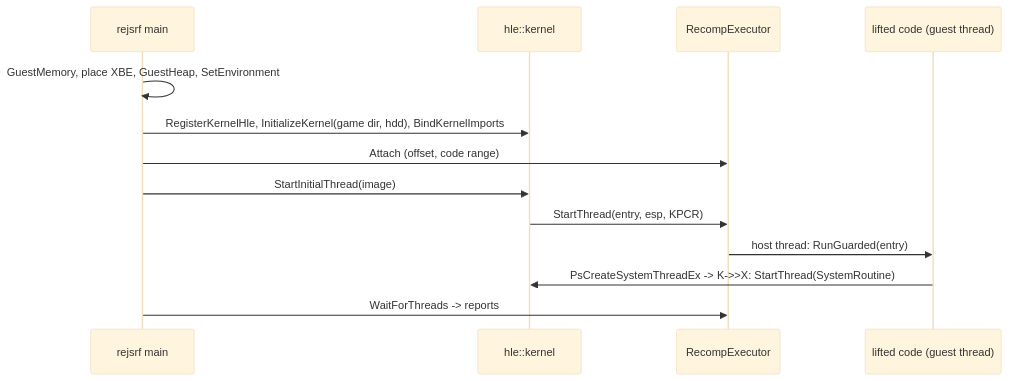
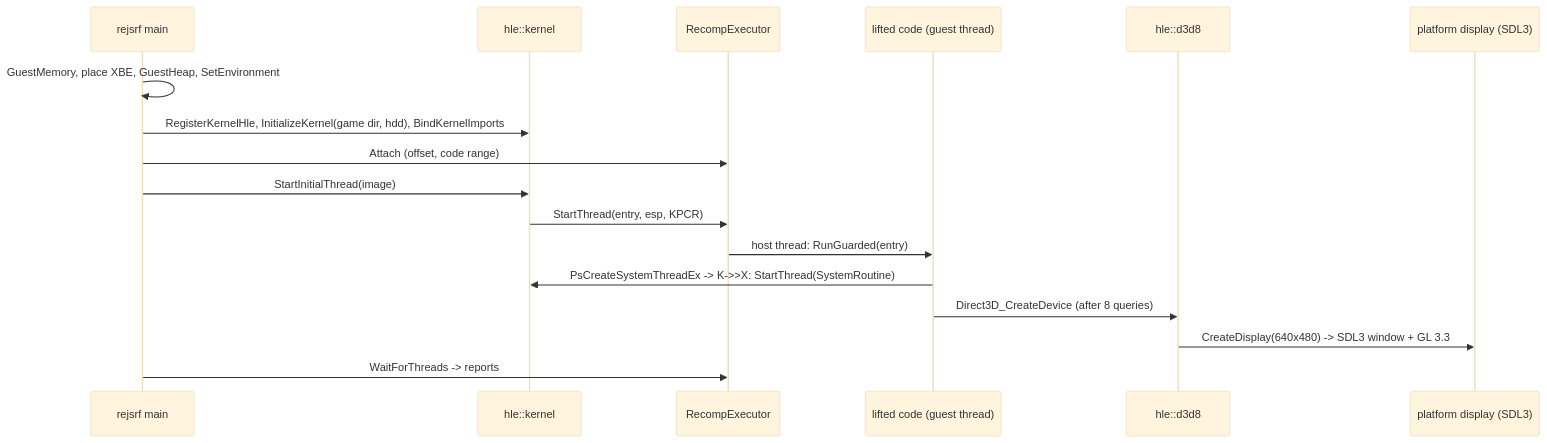
Before and after one commit to nworkers/reJSRF: the third of 3 diagrams in ARCHITECTURE.md, drawn with Mermaid (base theme). The commit also changed other lines of this file and 35 other files, not shown here.

First line of the commit message:
v0.0.3: D3D8 HLE first batch with SDL3 + OpenGL display (#11)

````diff
--- a/ARCHITECTURE.md
+++ b/ARCHITECTURE.md
@@ -81,15 +98,19 @@
 ```mermaid
 sequenceDiagram
     participant App as rejsrf main
     participant K as hle::kernel
     participant X as RecompExecutor
     participant G as lifted code (guest thread)
+    participant D3D as hle::d3d8
+    participant P as platform display (SDL3)
     App->>App: GuestMemory, place XBE, GuestHeap, SetEnvironment
     App->>K: RegisterKernelHle, InitializeKernel(game dir, hdd), BindKernelImports
     App->>X: Attach (offset, code range)
     App->>K: StartInitialThread(image)
     K->>X: StartThread(entry, esp, KPCR)
     X->>G: host thread: RunGuarded(entry)
     G->>K: PsCreateSystemThreadEx -> K->>X: StartThread(SystemRoutine)
+    G->>D3D: Direct3D_CreateDevice (after 8 queries)
+    D3D->>P: CreateDisplay(640x480) -> SDL3 window + GL 3.3
     App->>X: WaitForThreads -> reports
 ```
````
